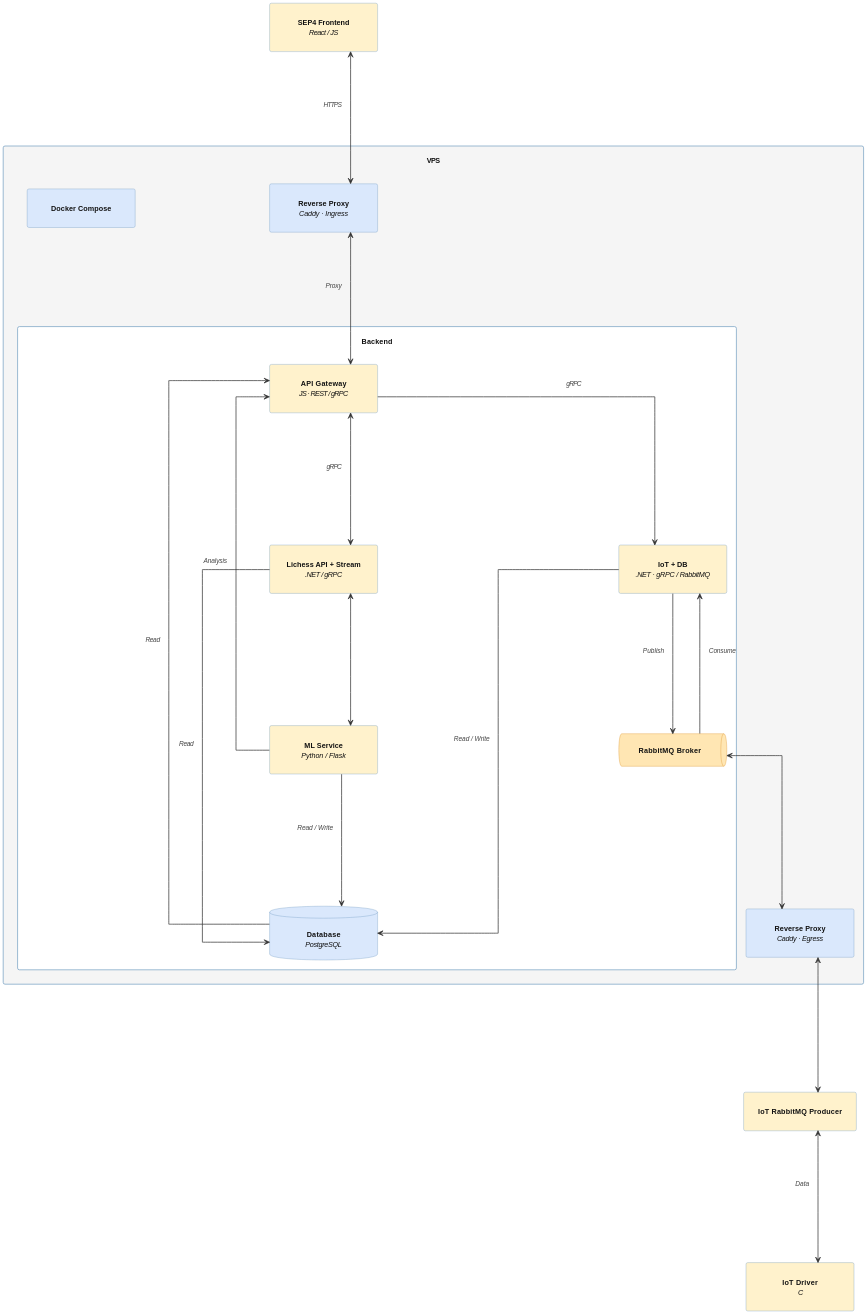
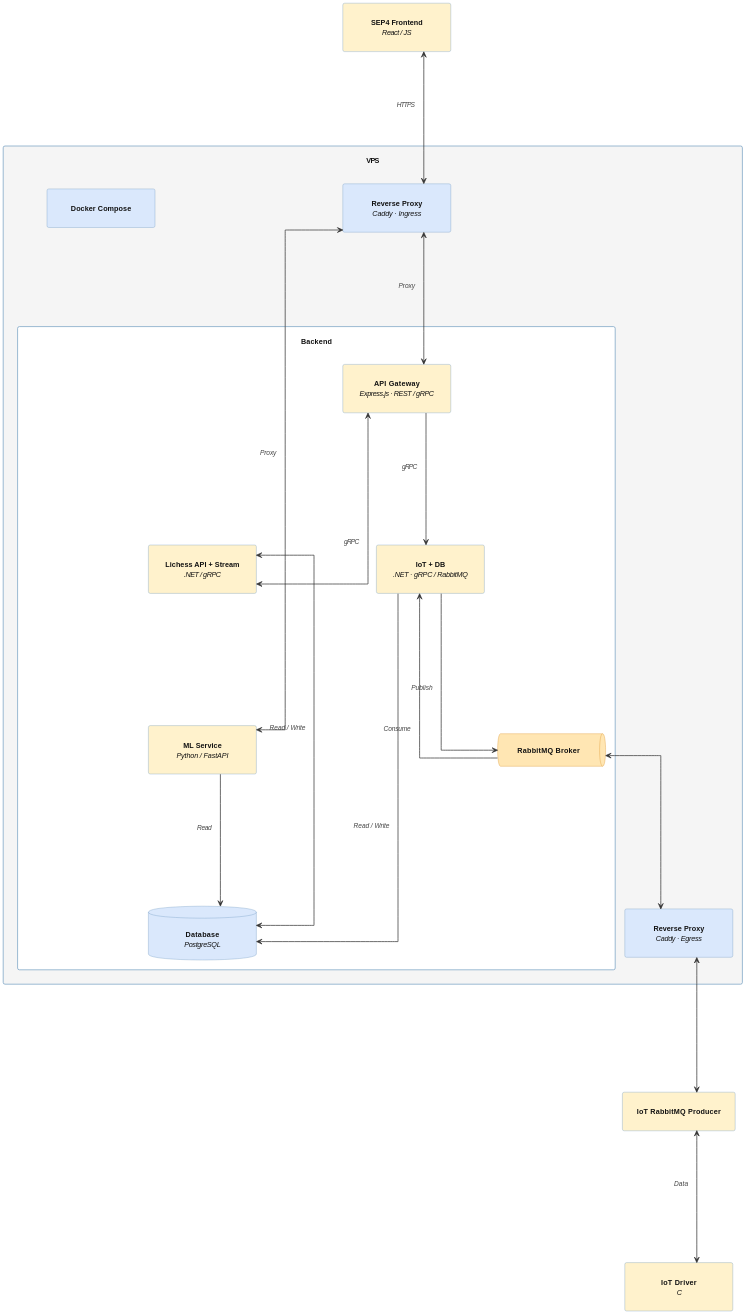
The diagram in Analysis/Architecture.md (Kanku-SEP4-org/Chess-Assistance), drawn with PlantUML before and after one commit.

Commit message:
fix: fix the ML part of the Architecture

```diff
--- a/Analysis/Architecture.md
+++ b/Analysis/Architecture.md
@@ -49,7 +49,7 @@
 
   rectangle "**Backend**" as Backend #FFFFFF {
 
-    rectangle "**API Gateway**\n<i>JS · REST / gRPC</i>" as APIGateway #FFF2CC
+    rectangle "**API Gateway**\n<i>Express.js · REST / gRPC</i>" as APIGateway #FFF2CC
 
     rectangle "**IoT + DB**\n<i>.NET · gRPC / RabbitMQ</i>" as IoTDB #FFF2CC
 
@@ -59,7 +59,7 @@
 
     database "**Database**\n<i>PostgreSQL</i>" as DB #DAE8FC
 
-    rectangle "**ML Service**\n<i>Python / Flask</i>" as ML #FFF2CC
+    rectangle "**ML Service**\n<i>Python / FastAPI</i>" as ML #FFF2CC
   }
 
   rectangle "**Docker Compose**" as Docker #DAE8FC
@@ -90,6 +90,7 @@
 ' ── Connections ──────────────────────────────────────────────────────
 Frontend     <-->  CaddyTop      : HTTPS
 CaddyTop     <-->  APIGateway    : Proxy
+CaddyTop     <-->  ML            : Proxy
 
 APIGateway   -->   IoTDB         : gRPC
 APIGateway   <-->  Lichess       : gRPC
@@ -98,12 +99,9 @@
 RabbitBroker -->   IoTDB         : Consume
 
 IoTDB        -->   DB            : Read / Write
-DB           -->   APIGateway    : Read
-Lichess      -->   DB            : Read
-ML           -->   DB            : Read / Write
-ML           -->   APIGateway    : Analysis
+Lichess      <-->   DB            : Read / Write
+ML           -->   DB            : Read
 
-Lichess      <-->  ML
 
 RabbitBroker <-->  CaddyBottom
 CaddyBottom  <-->  IoTProducer
```
